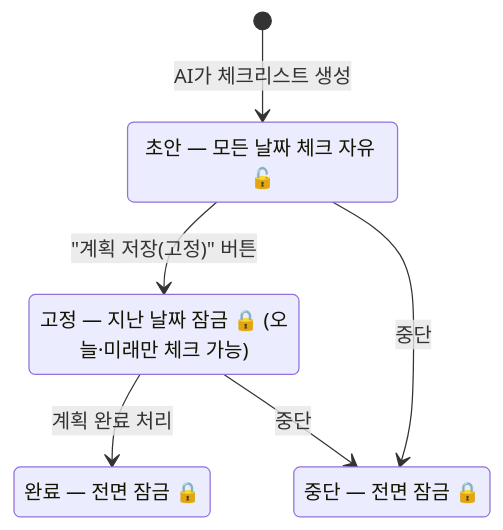
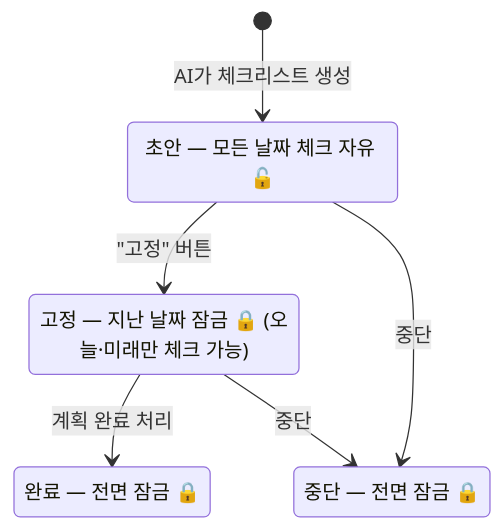
The first of 3 diagrams in docs/PAST_DATE_LOCK.md (hello-pebble/DelayNoMore_Release), drawn with Mermaid before and after one commit. The commit also changed other lines of this file and 6 other files, not shown here.

````diff
--- a/docs/PAST_DATE_LOCK.md
+++ b/docs/PAST_DATE_LOCK.md
@@ -19,13 +19,13 @@
 ```mermaid
 stateDiagram-v2
     [*] --> DRAFT : AI가 체크리스트 생성
-    DRAFT --> CONFIRMED : "계획 저장(고정)" 버튼
+    DRAFT --> CONFIRMED : "고정" 버튼
     CONFIRMED --> COMPLETED : 계획 완료 처리
     DRAFT --> CANCELLED : 중단
     CONFIRMED --> CANCELLED : 중단
 
     DRAFT : 초안 — 모든 날짜 체크 자유 🔓
     CONFIRMED : 고정 — 지난 날짜 잠금 🔒 (오늘·미래만 체크 가능)
     COMPLETED : 완료 — 전면 잠금 🔒
     CANCELLED : 중단 — 전면 잠금 🔒
 ```
````
